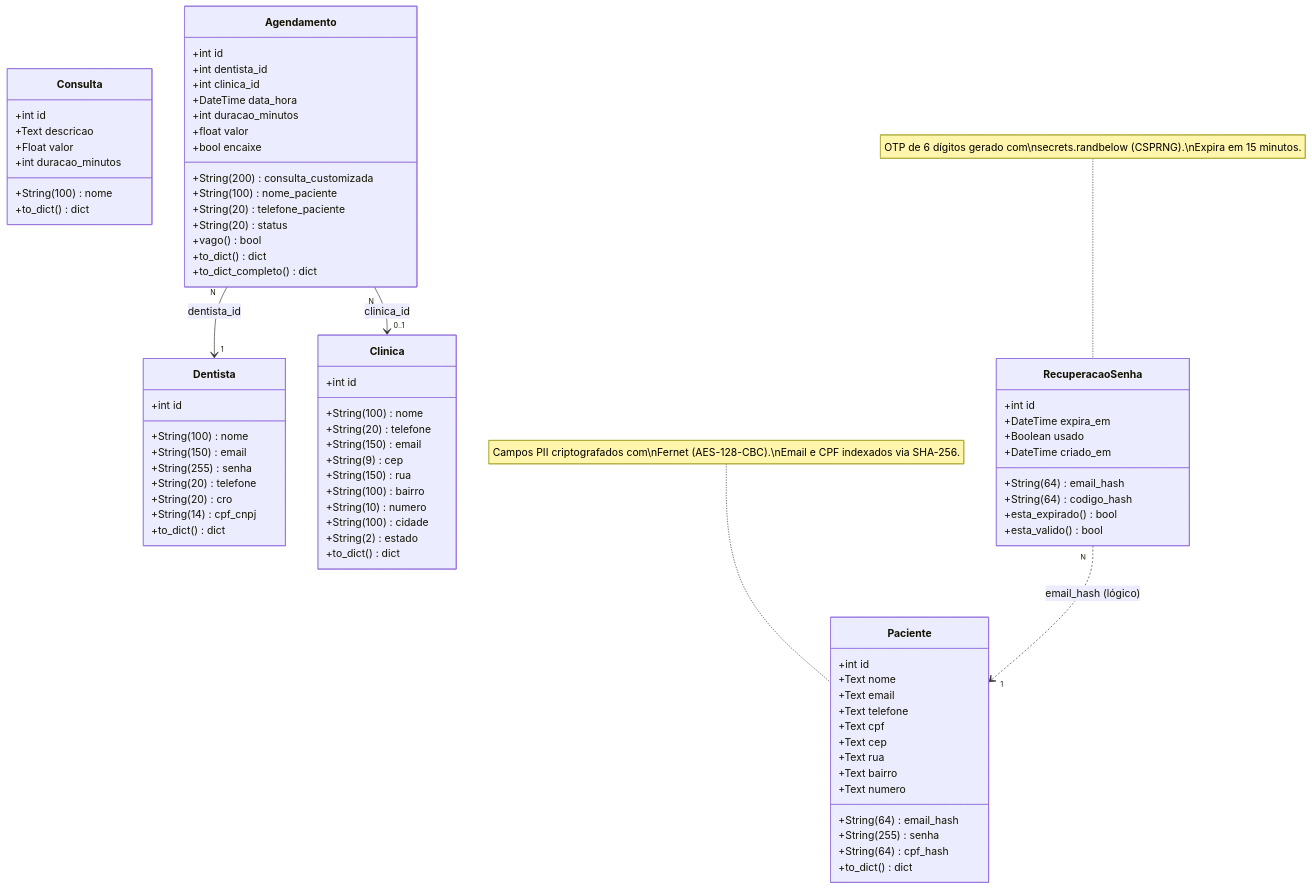
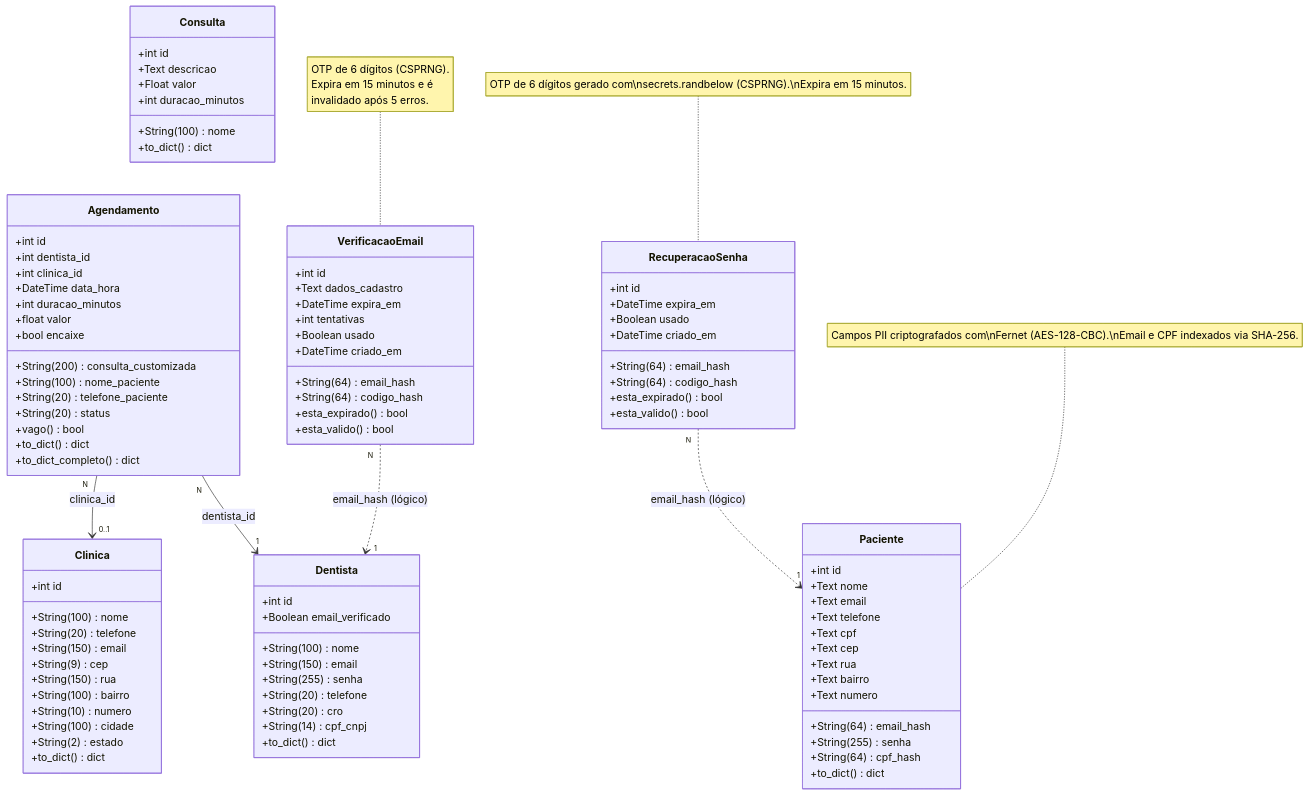
Before and after one commit to 26dudu/ReOdonto: the diagram in ReOdonto/docs/diagrama_classes.md, drawn with Mermaid. The commit also changed other lines of this file and 19 other files, not shown here.

````diff
--- a/ReOdonto/docs/diagrama_classes.md
+++ b/ReOdonto/docs/diagrama_classes.md
@@ -30,6 +30,7 @@
         +String(20) telefone
         +String(20) cro
         +String(14) cpf_cnpj
+        +Boolean email_verificado
         +to_dict() dict
     }
 
@@ -84,12 +85,29 @@
         +esta_valido() bool
     }
 
+    class VerificacaoEmail {
+        +int id
+        +String(64) email_hash
+        +String(64) codigo_hash
+        +Text dados_cadastro
+        +DateTime expira_em
+        +int tentativas
+        +Boolean usado
+        +DateTime criado_em
+        +esta_expirado() bool
+        +esta_valido() bool
+    }
+
     %% Relacionamentos
     Agendamento "N" --> "1" Dentista : dentista_id
     Agendamento "N" --> "0..1" Clinica : clinica_id
     RecuperacaoSenha "N" ..> "1" Paciente : email_hash (lógico)
+    VerificacaoEmail "N" ..> "1" Dentista : email_hash (lógico)
 
     %% Notas de segurança
     note for Paciente "Campos PII criptografados com\nFernet (AES-128-CBC).\nEmail e CPF indexados via SHA-256."
     note for RecuperacaoSenha "OTP de 6 dígitos gerado com\nsecrets.randbelow (CSPRNG).\nExpira em 15 minutos."
+    note for VerificacaoEmail "OTP de 6 dígitos (CSPRNG).
+Expira em 15 minutos e é
+invalidado após 5 erros."
 ```
````
